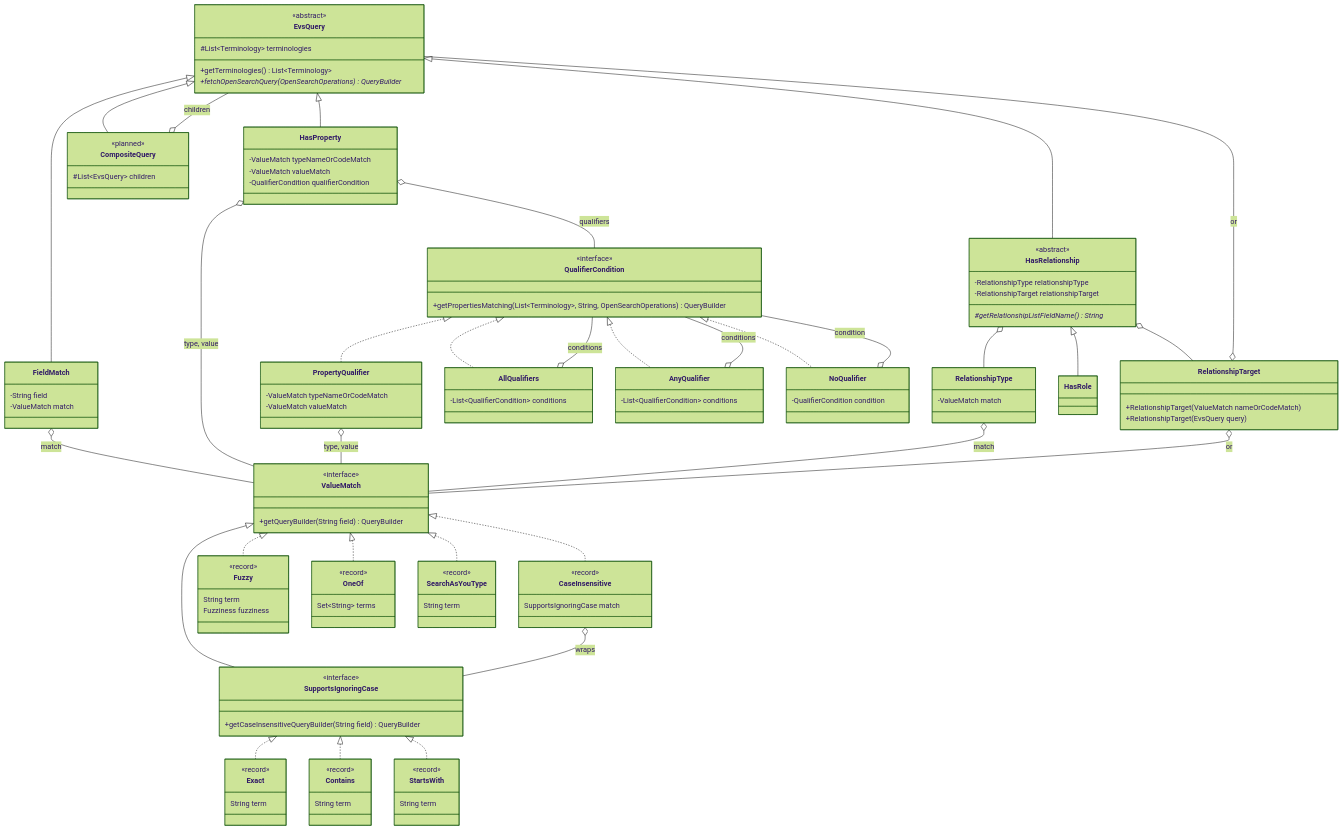
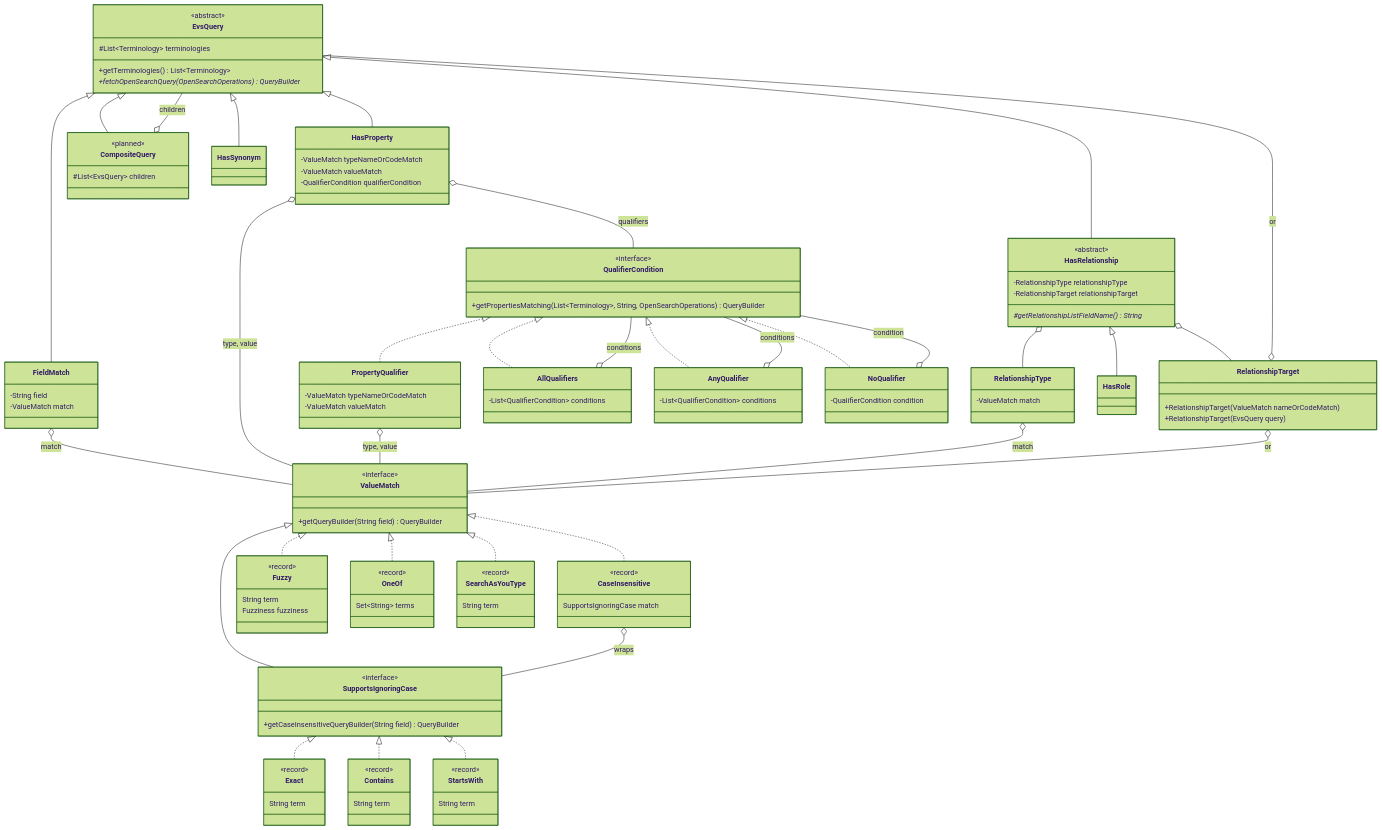
Before and after one commit to WestCoastInformatics/evsrestapi: the diagram in src/main/java/gov/nih/nci/evs/api/query/README.md, drawn with Mermaid (forest theme). The commit also changed other lines of this file and 12 other files, not shown here.

First line of the commit message:
Add HasSynonym for searching concepts by synonym

```diff
--- a/src/main/java/gov/nih/nci/evs/api/query/README.md
+++ b/src/main/java/gov/nih/nci/evs/api/query/README.md
@@ -146,6 +146,7 @@
     EvsQuery <|-- FieldMatch
     EvsQuery <|-- HasRelationship
     EvsQuery <|-- HasProperty
+    EvsQuery <|-- HasSynonym
     EvsQuery <|-- CompositeQuery
     HasRelationship <|-- HasRole
     CompositeQuery o-- EvsQuery : children
```
